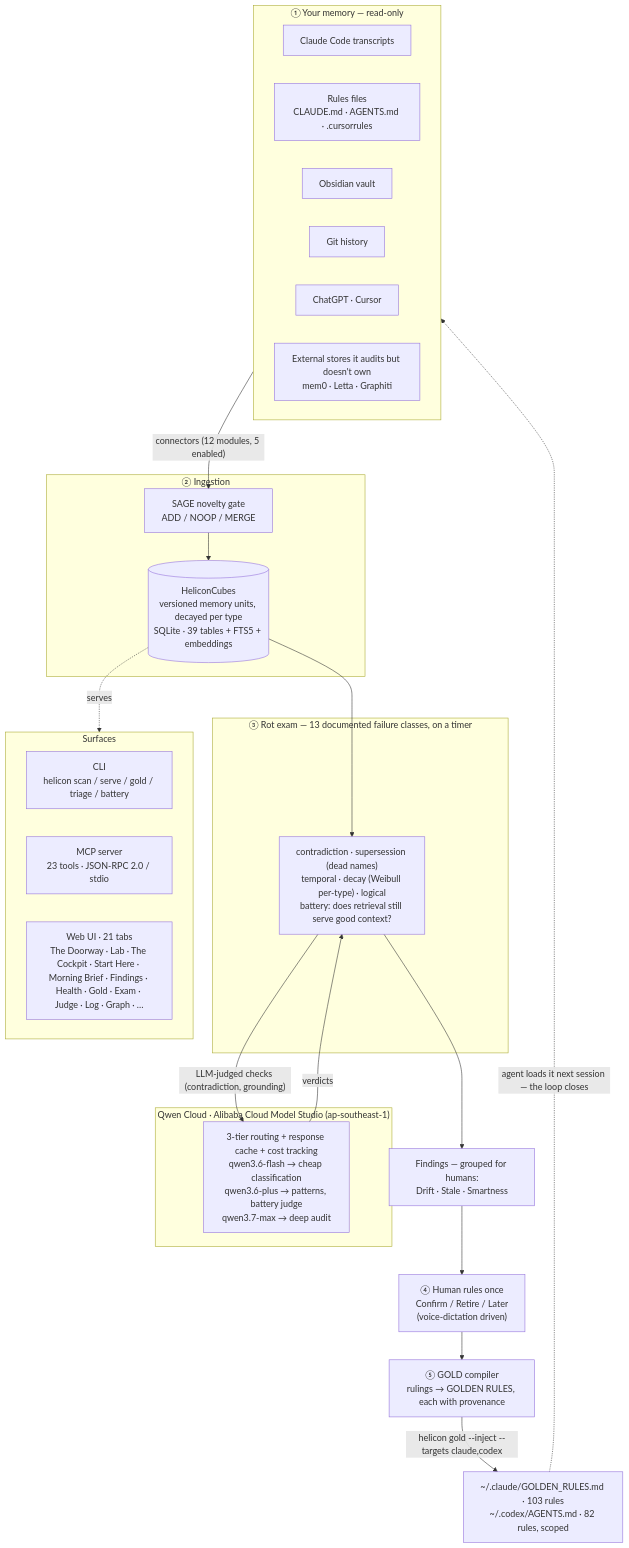
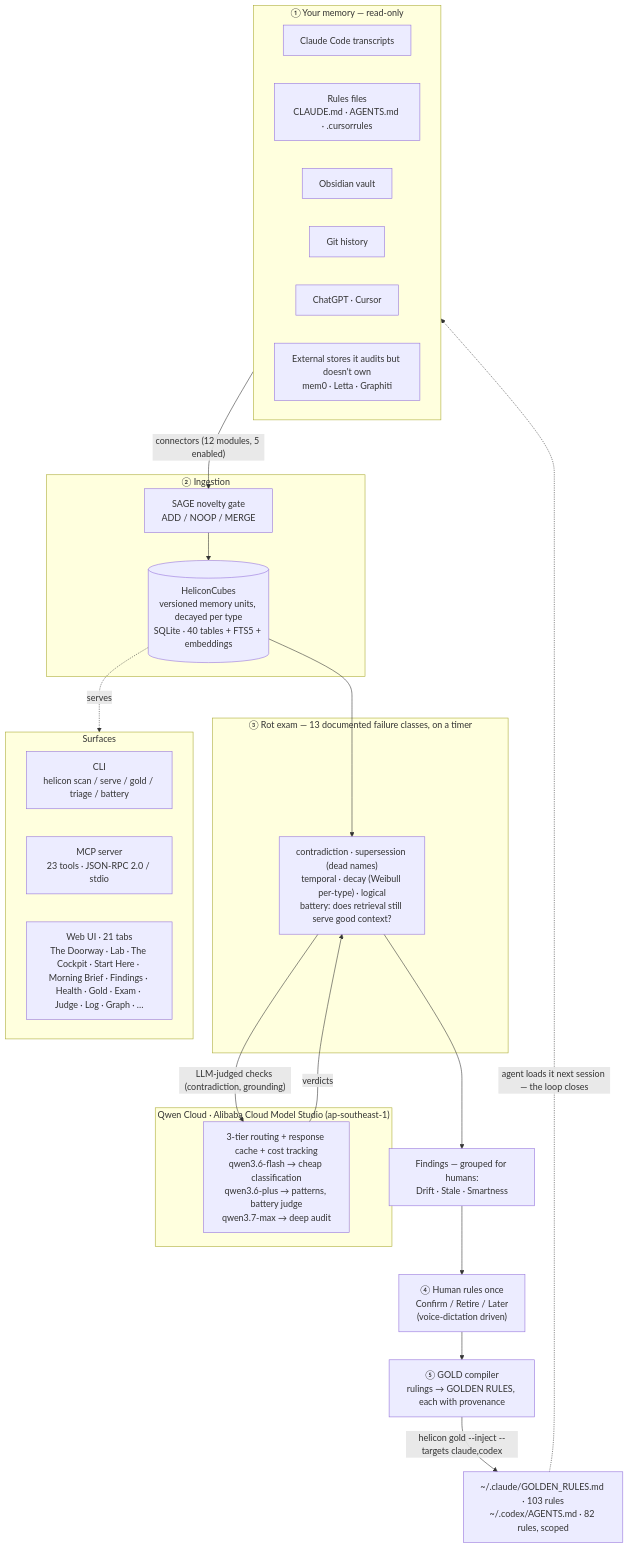
One commit to Morkeeth/mountain-of-helicon changed the first of 2 diagrams in ARCHITECTURE.md. Above: the diagram before and after it, drawn with Mermaid. The commit also changed other lines of this file and 13 other files, not shown here.

````diff
--- a/ARCHITECTURE.md
+++ b/ARCHITECTURE.md
@@ -11,45 +11,45 @@
 ```mermaid
 flowchart TD
   subgraph SRC["① Your memory — read-only"]
     A1["Claude Code transcripts"]
     A2["Rules files<br/>CLAUDE.md · AGENTS.md · .cursorrules"]
     A3["Obsidian vault"]
     A4["Git history"]
     A5["ChatGPT · Cursor"]
     A6["External stores it audits but doesn't own<br/>mem0 · Letta · Graphiti"]
   end
 
   SRC -->|"connectors (12 modules, 5 enabled)"| GATE
 
   subgraph INGEST["② Ingestion"]
     GATE["SAGE novelty gate<br/>ADD / NOOP / MERGE"]
-    CUBES[("HeliconCubes<br/>versioned memory units, decayed per type<br/>SQLite · 39 tables + FTS5 + embeddings")]
+    CUBES[("HeliconCubes<br/>versioned memory units, decayed per type<br/>SQLite · 40 tables + FTS5 + embeddings")]
     GATE --> CUBES
   end
 
   CUBES --> EXAM
 
   subgraph AUDIT["③ Rot exam — 13 documented failure classes, on a timer"]
     EXAM["contradiction · supersession (dead names)<br/>temporal · decay (Weibull per-type) · logical<br/>battery: does retrieval still serve good context?"]
   end
 
   EXAM -->|"LLM-judged checks (contradiction, grounding)"| QWEN
   QWEN -->|verdicts| EXAM
 
   subgraph QWENC["Qwen Cloud · Alibaba Cloud Model Studio (ap-southeast-1)"]
     QWEN["3-tier routing + response cache + cost tracking<br/>qwen3.6-flash → cheap classification<br/>qwen3.6-plus → patterns, battery judge<br/>qwen3.7-max → deep audit"]
   end
 
   EXAM --> FIND["Findings — grouped for humans:<br/>Drift · Stale · Smartness"]
   FIND --> HUMAN["④ Human rules once<br/>Confirm / Retire / Later<br/>(voice-dictation driven)"]
   HUMAN --> GOLD["⑤ GOLD compiler<br/>rulings → GOLDEN RULES, each with provenance"]
   GOLD -->|"helicon gold --inject --targets claude,codex"| INJECT["~/.claude/GOLDEN_RULES.md · 103 rules<br/>~/.codex/AGENTS.md · 82 rules, scoped"]
   INJECT -.->|"agent loads it next session — the loop closes"| SRC
 
   CUBES -.serves.-> SURF
   subgraph SURF["Surfaces"]
     CLI["CLI<br/>helicon scan / serve / gold / triage / battery"]
     MCP["MCP server<br/>23 tools · JSON-RPC 2.0 / stdio"]
     WEB["Web UI · 21 tabs<br/>The Doorway · Lab · The Cockpit · Start Here · Morning Brief · Findings · Health · Gold · Exam · Judge · Log · Graph · …"]
   end
 ```
````
